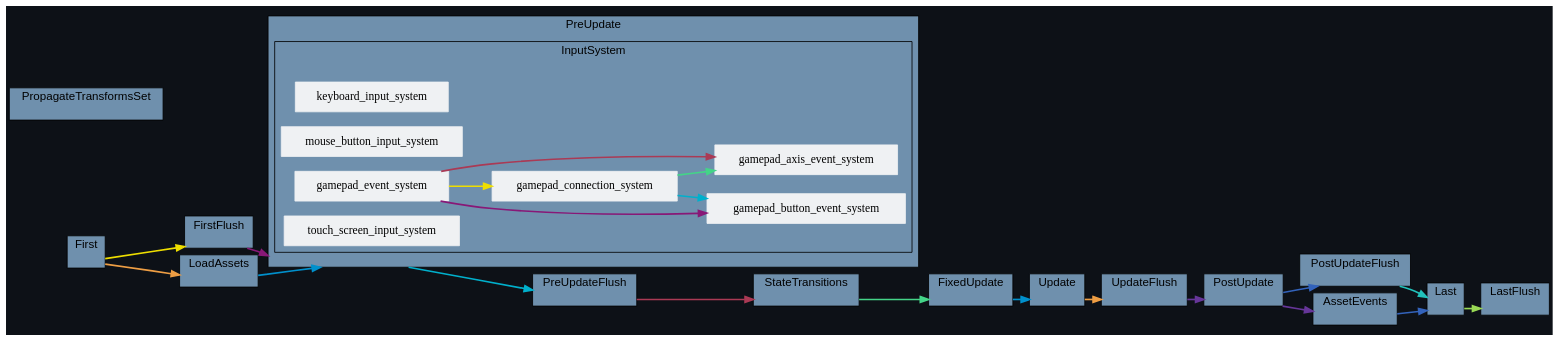
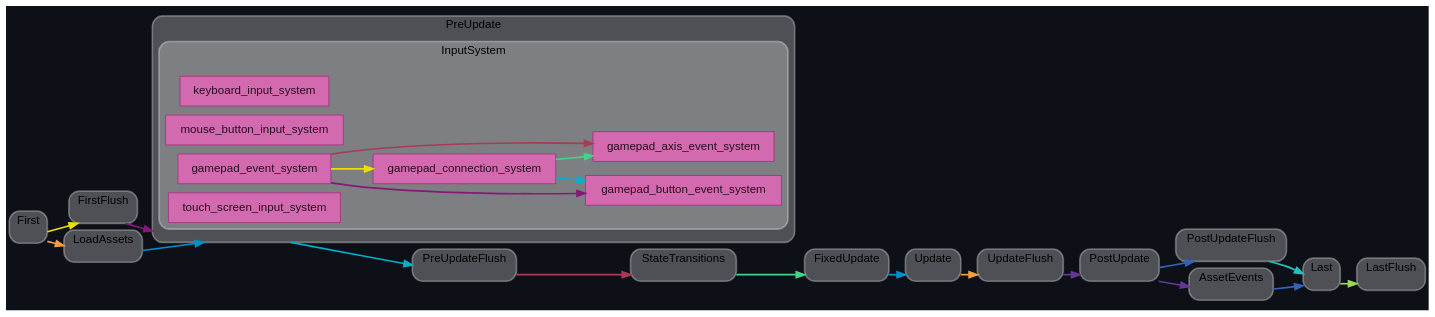
Before and after one commit to jakobhellermann/bevy_mod_debugdump: the diagram in docs/schedule/by-crate/dark/schedule_Main_bevy_input.dot, drawn with Graphviz. The commit also changed 97 other files, not shown here.

```diff
--- a/docs/schedule/by-crate/dark/schedule_Main_bevy_input.dot
+++ b/docs/schedule/by-crate/dark/schedule_Main_bevy_input.dot
@@ -1,164 +1,187 @@
 digraph "" {
 	"compound"="true";
 	"splines"="spline";
 	"rankdir"="LR";
 	"bgcolor"="#0d1117";
 	"fontname"="Helvetica";
+	"nodesep"="0.15";
 	edge ["penwidth"="2"];
-	node ["shape"="box", "style"="filled", "fillcolor"="#eff1f3", "color"="#eff1f3"];
+	node ["shape"="box", "style"="filled"];
 	subgraph "clusternode_Set(0)" {
+		"style"="rounded,filled";
 		"label"="Update";
 		"tooltip"="Update";
-		"bgcolor"="#6f90ad";
-		"color"="black";
+		"fillcolor"="#ffffff44";
+		"color"="#ffffff50";
+		"penwidth"="2";
 		"set_marker_node_Set(0)" ["style"="invis", "label"="", "height"="0", "shape"="point"]
 	}
 	
 	subgraph "clusternode_Set(2)" {
+		"style"="rounded,filled";
 		"label"="FirstFlush";
 		"tooltip"="FirstFlush";
-		"bgcolor"="#6f90ad";
-		"color"="black";
+		"fillcolor"="#ffffff44";
+		"color"="#ffffff50";
+		"penwidth"="2";
 		"set_marker_node_Set(2)" ["style"="invis", "label"="", "height"="0", "shape"="point"]
 	}
 	
 	subgraph "clusternode_Set(3)" {
+		"style"="rounded,filled";
 		"label"="PreUpdateFlush";
 		"tooltip"="PreUpdateFlush";
-		"bgcolor"="#6f90ad";
-		"color"="black";
+		"fillcolor"="#ffffff44";
+		"color"="#ffffff50";
+		"penwidth"="2";
 		"set_marker_node_Set(3)" ["style"="invis", "label"="", "height"="0", "shape"="point"]
 	}
 	
 	subgraph "clusternode_Set(4)" {
+		"style"="rounded,filled";
 		"label"="UpdateFlush";
 		"tooltip"="UpdateFlush";
-		"bgcolor"="#6f90ad";
-		"color"="black";
+		"fillcolor"="#ffffff44";
+		"color"="#ffffff50";
+		"penwidth"="2";
 		"set_marker_node_Set(4)" ["style"="invis", "label"="", "height"="0", "shape"="point"]
 	}
 	
 	subgraph "clusternode_Set(5)" {
+		"style"="rounded,filled";
 		"label"="PostUpdateFlush";
 		"tooltip"="PostUpdateFlush";
-		"bgcolor"="#6f90ad";
-		"color"="black";
+		"fillcolor"="#ffffff44";
+		"color"="#ffffff50";
+		"penwidth"="2";
 		"set_marker_node_Set(5)" ["style"="invis", "label"="", "height"="0", "shape"="point"]
 	}
 	
 	subgraph "clusternode_Set(6)" {
+		"style"="rounded,filled";
 		"label"="LastFlush";
 		"tooltip"="LastFlush";
-		"bgcolor"="#6f90ad";
-		"color"="black";
+		"fillcolor"="#ffffff44";
+		"color"="#ffffff50";
+		"penwidth"="2";
 		"set_marker_node_Set(6)" ["style"="invis", "label"="", "height"="0", "shape"="point"]
 	}
 	
 	subgraph "clusternode_Set(7)" {
+		"style"="rounded,filled";
 		"label"="First";
 		"tooltip"="First";
-		"bgcolor"="#6f90ad";
-		"color"="black";
+		"fillcolor"="#ffffff44";
+		"color"="#ffffff50";
+		"penwidth"="2";
 		"set_marker_node_Set(7)" ["style"="invis", "label"="", "height"="0", "shape"="point"]
 	}
 	
 	subgraph "clusternode_Set(8)" {
+		"style"="rounded,filled";
 		"label"="PreUpdate";
 		"tooltip"="PreUpdate";
-		"bgcolor"="#6f90ad";
-		"color"="black";
+		"fillcolor"="#ffffff44";
+		"color"="#ffffff50";
+		"penwidth"="2";
 		"set_marker_node_Set(8)" ["style"="invis", "label"="", "height"="0", "shape"="point"]
 		subgraph "clusternode_Set(25)" {
+			"style"="rounded,filled";
 			"label"="InputSystem";
 			"tooltip"="InputSystem";
-			"bgcolor"="#6f90ad";
-			"color"="black";
+			"fillcolor"="#ffffff44";
+			"color"="#ffffff50";
+			"penwidth"="2";
 			"set_marker_node_Set(25)" ["style"="invis", "label"="", "height"="0", "shape"="point"]
-			"node_System(15)" ["label"="keyboard_input_system", "tooltip"="bevy_input::keyboard::keyboard_input_system"]
-			"node_System(19)" ["label"="mouse_button_input_system", "tooltip"="bevy_input::mouse::mouse_button_input_system"]
-			"node_System(24)" ["label"="gamepad_event_system", "tooltip"="bevy_input::gamepad::gamepad_event_system"]
-			"node_System(25)" ["label"="gamepad_connection_system", "tooltip"="bevy_input::gamepad::gamepad_connection_system"]
-			"node_System(26)" ["label"="gamepad_button_event_system", "tooltip"="bevy_input::gamepad::gamepad_button_event_system"]
-			"node_System(27)" ["label"="gamepad_axis_event_system", "tooltip"="bevy_input::gamepad::gamepad_axis_event_system"]
-			"node_System(29)" ["label"="touch_screen_input_system", "tooltip"="bevy_input::touch::touch_screen_input_system"]
+			"node_System(15)" ["label"="keyboard_input_system", "tooltip"="bevy_input::keyboard::keyboard_input_system", "fillcolor"="#d36aaf", "fontname"="Helvetica", "fontcolor"="#270b1d", "color"="#a5317d", "penwidth"="1"]
+			"node_System(19)" ["label"="mouse_button_input_system", "tooltip"="bevy_input::mouse::mouse_button_input_system", "fillcolor"="#d36aaf", "fontname"="Helvetica", "fontcolor"="#270b1d", "color"="#a5317d", "penwidth"="1"]
+			"node_System(24)" ["label"="gamepad_event_system", "tooltip"="bevy_input::gamepad::gamepad_event_system", "fillcolor"="#d36aaf", "fontname"="Helvetica", "fontcolor"="#270b1d", "color"="#a5317d", "penwidth"="1"]
+			"node_System(25)" ["label"="gamepad_connection_system", "tooltip"="bevy_input::gamepad::gamepad_connection_system", "fillcolor"="#d36aaf", "fontname"="Helvetica", "fontcolor"="#270b1d", "color"="#a5317d", "penwidth"="1"]
+			"node_System(26)" ["label"="gamepad_button_event_system", "tooltip"="bevy_input::gamepad::gamepad_button_event_system", "fillcolor"="#d36aaf", "fontname"="Helvetica", "fontcolor"="#270b1d", "color"="#a5317d", "penwidth"="1"]
+			"node_System(27)" ["label"="gamepad_axis_event_system", "tooltip"="bevy_input::gamepad::gamepad_axis_event_system", "fillcolor"="#d36aaf", "fontname"="Helvetica", "fontcolor"="#270b1d", "color"="#a5317d", "penwidth"="1"]
+			"node_System(29)" ["label"="touch_screen_input_system", "tooltip"="bevy_input::touch::touch_screen_input_system", "fillcolor"="#d36aaf", "fontname"="Helvetica", "fontcolor"="#270b1d", "color"="#a5317d", "penwidth"="1"]
 		}
 		
 	}
 	
 	subgraph "clusternode_Set(9)" {
+		"style"="rounded,filled";
 		"label"="StateTransitions";
 		"tooltip"="StateTransitions";
-		"bgcolor"="#6f90ad";
-		"color"="black";
+		"fillcolor"="#ffffff44";
+		"color"="#ffffff50";
+		"penwidth"="2";
 		"set_marker_node_Set(9)" ["style"="invis", "label"="", "height"="0", "shape"="point"]
 	}
 	
 	subgraph "clusternode_Set(10)" {
+		"style"="rounded,filled";
 		"label"="FixedUpdate";
 		"tooltip"="FixedUpdate";
-		"bgcolor"="#6f90ad";
-		"color"="black";
+		"fillcolor"="#ffffff44";
+		"color"="#ffffff50";
+		"penwidth"="2";
 		"set_marker_node_Set(10)" ["style"="invis", "label"="", "height"="0", "shape"="point"]
 	}
 	
 	subgraph "clusternode_Set(11)" {
+		"style"="rounded,filled";
 		"label"="PostUpdate";
 		"tooltip"="PostUpdate";
-		"bgcolor"="#6f90ad";
-		"color"="black";
+		"fillcolor"="#ffffff44";
+		"color"="#ffffff50";
+		"penwidth"="2";
 		"set_marker_node_Set(11)" ["style"="invis", "label"="", "height"="0", "shape"="point"]
 	}
 	
 	subgraph "clusternode_Set(12)" {
+		"style"="rounded,filled";
 		"label"="Last";
 		"tooltip"="Last";
-		"bgcolor"="#6f90ad";
-		"color"="black";
+		"fillcolor"="#ffffff44";
+		"color"="#ffffff50";
+		"penwidth"="2";
 		"set_marker_node_Set(12)" ["style"="invis", "label"="", "height"="0", "shape"="point"]
 	}
 	
-	subgraph "clusternode_Set(22)" {
-		"label"="PropagateTransformsSet";
-		"tooltip"="PropagateTransformsSet";
-		"bgcolor"="#6f90ad";
-		"color"="black";
-		"set_marker_node_Set(22)" ["style"="invis", "label"="", "height"="0", "shape"="point"]
-	}
-	
 	subgraph "clusternode_Set(59)" {
+		"style"="rounded,filled";
 		"label"="LoadAssets";
 		"tooltip"="LoadAssets";
-		"bgcolor"="#6f90ad";
-		"color"="black";
+		"fillcolor"="#ffffff44";
+		"color"="#ffffff50";
+		"penwidth"="2";
 		"set_marker_node_Set(59)" ["style"="invis", "label"="", "height"="0", "shape"="point"]
 	}
 	
 	subgraph "clusternode_Set(60)" {
+		"style"="rounded,filled";
 		"label"="AssetEvents";
 		"tooltip"="AssetEvents";
-		"bgcolor"="#6f90ad";
-		"color"="black";
+		"fillcolor"="#ffffff44";
+		"color"="#ffffff50";
+		"penwidth"="2";
 		"set_marker_node_Set(60)" ["style"="invis", "label"="", "height"="0", "shape"="point"]
 	}
 	
 	"set_marker_node_Set(7)" -> "set_marker_node_Set(2)" ["lhead"="clusternode_Set(2)", "ltail"="clusternode_Set(7)", "tooltip"="First → FirstFlush", "color"="#eede00"]
 	"set_marker_node_Set(2)" -> "set_marker_node_Set(8)" ["lhead"="clusternode_Set(8)", "ltail"="clusternode_Set(2)", "tooltip"="FirstFlush → PreUpdate", "color"="#881877"]
 	"set_marker_node_Set(8)" -> "set_marker_node_Set(3)" ["lhead"="clusternode_Set(3)", "ltail"="clusternode_Set(8)", "tooltip"="PreUpdate → PreUpdateFlush", "color"="#00b0cc"]
 	"set_marker_node_Set(3)" -> "set_marker_node_Set(9)" ["lhead"="clusternode_Set(9)", "ltail"="clusternode_Set(3)", "tooltip"="PreUpdateFlush → StateTransitions", "color"="#aa3a55"]
 	"set_marker_node_Set(9)" -> "set_marker_node_Set(10)" ["lhead"="clusternode_Set(10)", "ltail"="clusternode_Set(9)", "tooltip"="StateTransitions → FixedUpdate", "color"="#44d488"]
 	"set_marker_node_Set(10)" -> "set_marker_node_Set(0)" ["lhead"="clusternode_Set(0)", "ltail"="clusternode_Set(10)", "tooltip"="FixedUpdate → Update", "color"="#0090cc"]
 	"set_marker_node_Set(0)" -> "set_marker_node_Set(4)" ["lhead"="clusternode_Set(4)", "ltail"="clusternode_Set(0)", "tooltip"="Update → UpdateFlush", "color"="#ee9e44"]
 	"set_marker_node_Set(4)" -> "set_marker_node_Set(11)" ["lhead"="clusternode_Set(11)", "ltail"="clusternode_Set(4)", "tooltip"="UpdateFlush → PostUpdate", "color"="#663699"]
 	"set_marker_node_Set(11)" -> "set_marker_node_Set(5)" ["lhead"="clusternode_Set(5)", "ltail"="clusternode_Set(11)", "tooltip"="PostUpdate → PostUpdateFlush", "color"="#3363bb"]
 	"set_marker_node_Set(5)" -> "set_marker_node_Set(12)" ["lhead"="clusternode_Set(12)", "ltail"="clusternode_Set(5)", "tooltip"="PostUpdateFlush → Last", "color"="#22c2bb"]
 	"set_marker_node_Set(12)" -> "set_marker_node_Set(6)" ["lhead"="clusternode_Set(6)", "ltail"="clusternode_Set(12)", "tooltip"="Last → LastFlush", "color"="#99d955"]
 	"node_System(24)" -> "node_System(25)" ["lhead"="", "ltail"="", "tooltip"="SystemTypeSet(gamepad_event_system\") → gamepad_connection_system", "color"="#eede00"]
 	"node_System(24)" -> "node_System(26)" ["lhead"="", "ltail"="", "tooltip"="SystemTypeSet(gamepad_event_system\") → gamepad_button_event_system", "color"="#881877"]
 	"node_System(25)" -> "node_System(26)" ["lhead"="", "ltail"="", "tooltip"="SystemTypeSet(gamepad_connection_system\") → gamepad_button_event_system", "color"="#00b0cc"]
 	"node_System(24)" -> "node_System(27)" ["lhead"="", "ltail"="", "tooltip"="SystemTypeSet(gamepad_event_system\") → gamepad_axis_event_system", "color"="#aa3a55"]
 	"node_System(25)" -> "node_System(27)" ["lhead"="", "ltail"="", "tooltip"="SystemTypeSet(gamepad_connection_system\") → gamepad_axis_event_system", "color"="#44d488"]
 	"set_marker_node_Set(59)" -> "set_marker_node_Set(8)" ["lhead"="clusternode_Set(8)", "ltail"="clusternode_Set(59)", "tooltip"="LoadAssets → PreUpdate", "color"="#0090cc"]
 	"set_marker_node_Set(7)" -> "set_marker_node_Set(59)" ["lhead"="clusternode_Set(59)", "ltail"="clusternode_Set(7)", "tooltip"="First → LoadAssets", "color"="#ee9e44"]
 	"set_marker_node_Set(11)" -> "set_marker_node_Set(60)" ["lhead"="clusternode_Set(60)", "ltail"="clusternode_Set(11)", "tooltip"="PostUpdate → AssetEvents", "color"="#663699"]
 	"set_marker_node_Set(60)" -> "set_marker_node_Set(12)" ["lhead"="clusternode_Set(12)", "ltail"="clusternode_Set(60)", "tooltip"="AssetEvents → Last", "color"="#3363bb"]
 }
```
